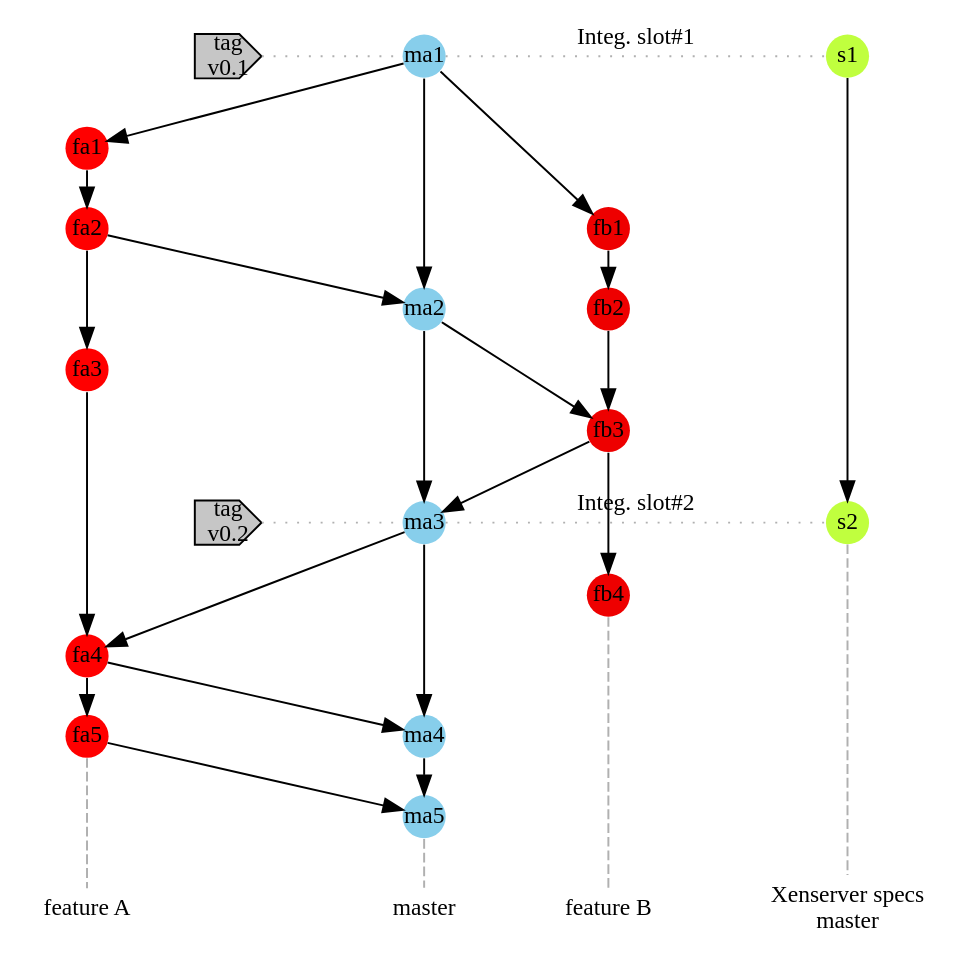
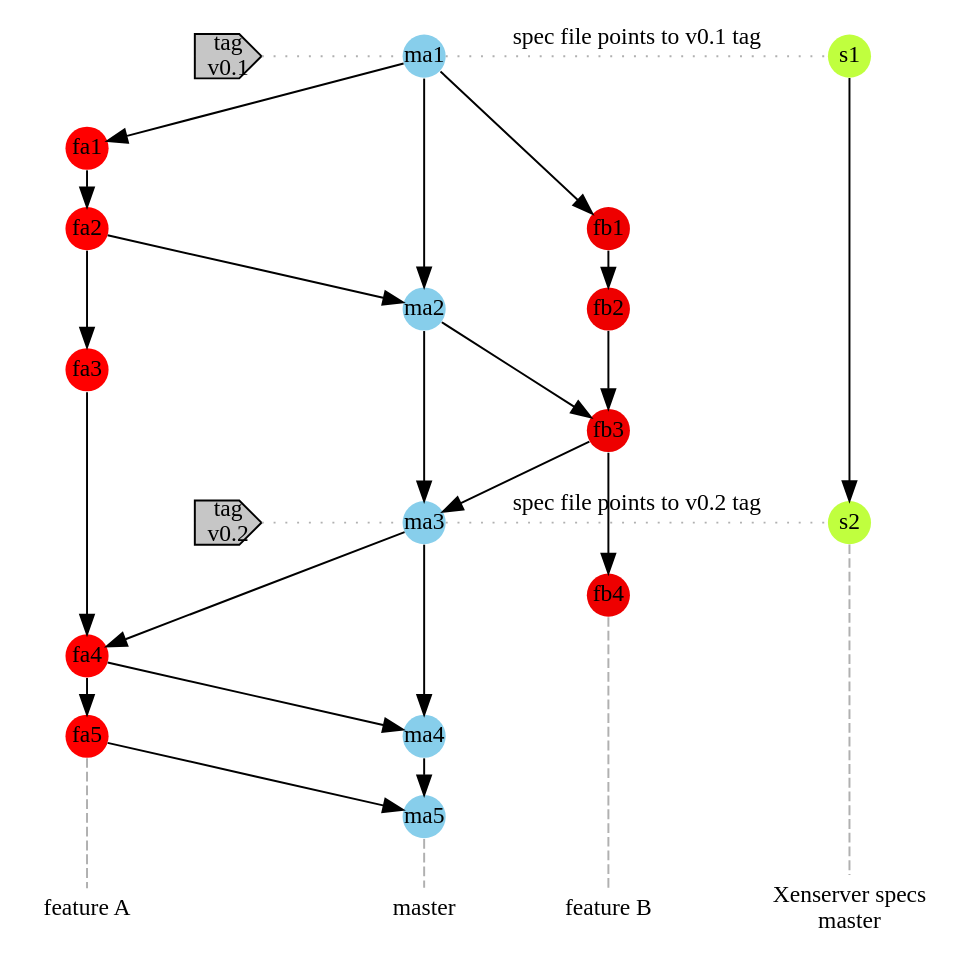
The diagram in step2.dot (philippegabriel/XFormerBranchGraph), drawn with Graphviz before and after one commit. The commit also changed 4 other files, not shown here.

```diff
--- a/step2.dot
+++ b/step2.dot
@@ -1,85 +1,85 @@
 strict digraph g{
 rankdir="TB";
 nodesep=0.5;
 ranksep=0.25;
 splines=line;
 forcelabels=false;
 
 // general
 node [style=filled, color="black", fontcolor="black", font="Consolas", fontsize="12pt"];
 edge [style=filled, color="black", fontcolor="black", font="Consolas", fontsize="12pt"];
 
 // branch names
 node [fixedsize=false, penwidth=0, fillcolor=none, shape=none, width=0, height=0, margin="0.05"];
 subgraph {
     rank=same;
     specs [label="Xenserver specs\nmaster", group="specs"];
     master [label="master", group="master"];
     featA [label="feature A", group="featA"];
     featB [label="feature B", group="featB"];
 }
 // tags
 node [shape=cds, fixedsize=false, fillcolor="#C6C6C6", penwidth=1]
 t1 [label="tag\nv0.1"]
 t2 [label="tag\nv0.2"]
 // graph
 node [width=0.3, height=0.3, fixedsize=true, shape=circle,penwidth=0]
 
 //specs
 node  [group="specs", fillcolor="olivedrab1"];
 s1 [label="s1"];
 s2 [label="s2"];
 s1 -> s2;
 s2 -> specs [color="#b0b0b0", style=dashed, arrowhead=none ];
 
 
 node  [group="master", fillcolor="skyblue"];
 ma1 [label="ma1"];
 ma2 [label="ma2"];
 ma3 [label="ma3"];
 ma4 [label="ma4"];
 ma5 [label="ma5"];
 ma1 -> ma2 -> ma3 -> ma4 -> ma5;
 ma5 -> master [color="#b0b0b0", style=dashed, arrowhead=none ];
 
 node  [group="featA", fillcolor="red"];
 fa1 [label="fa1"];
 fa2 [label="fa2"];
 fa3 [label="fa3"];
 fa4 [label="fa4"];
 fa5 [label="fa5"];
 fa1 -> fa2 -> fa3 -> fa4 -> fa5;
 fa5 -> featA [color="#b0b0b0", style=dashed, arrowhead=none ];
 
 node  [group="featB", fillcolor="red2"];
 fb1 [label="fb1"];
 fb2 [label="fb2"];
 fb3 [label="fb3"];
 fb4 [label="fb4"];
 fb1 -> fb2 -> fb3 -> fb4;
 fb4 -> featB [color="#b0b0b0", style=dashed, arrowhead=none ];
 
 //Feature A merge
 ma1 -> fa1;
 fa2 -> ma2;
 fa4 -> ma4;
 fa5 -> ma5;
 //Feature B merge
 fb3 -> ma3;
 ma2 -> fb3;
 ma3 -> fa4;
 ma1 -> fb1;
 // tags connections
 //edge [color="#b0b0b0", style=dotted, len=0.3, arrowhead=none, penwidth=1];
 edge [color="#b0b0b0", style=dotted, arrowhead=none, penwidth=1];
 subgraph  {
     rank="same";
     t1 -> ma1;
-    ma1 -> s1 [label="Integ. slot#1"];
+    ma1 -> s1 [label="spec file points to v0.1 tag"];
 }
 subgraph  {
     rank="same";
     t2 -> ma3 ;
-    ma3 -> s2 [label="Integ. slot#2"];
+    ma3 -> s2 [label="spec file points to v0.2 tag"];
 }
 }
```
